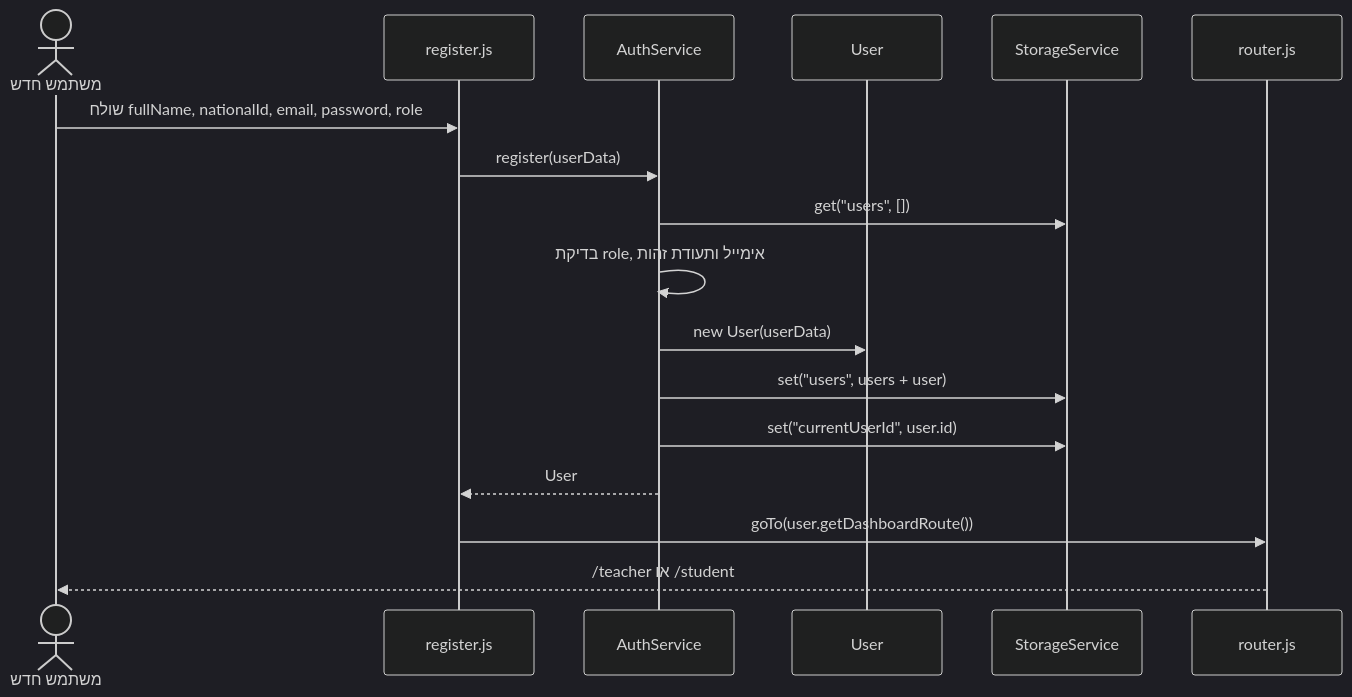
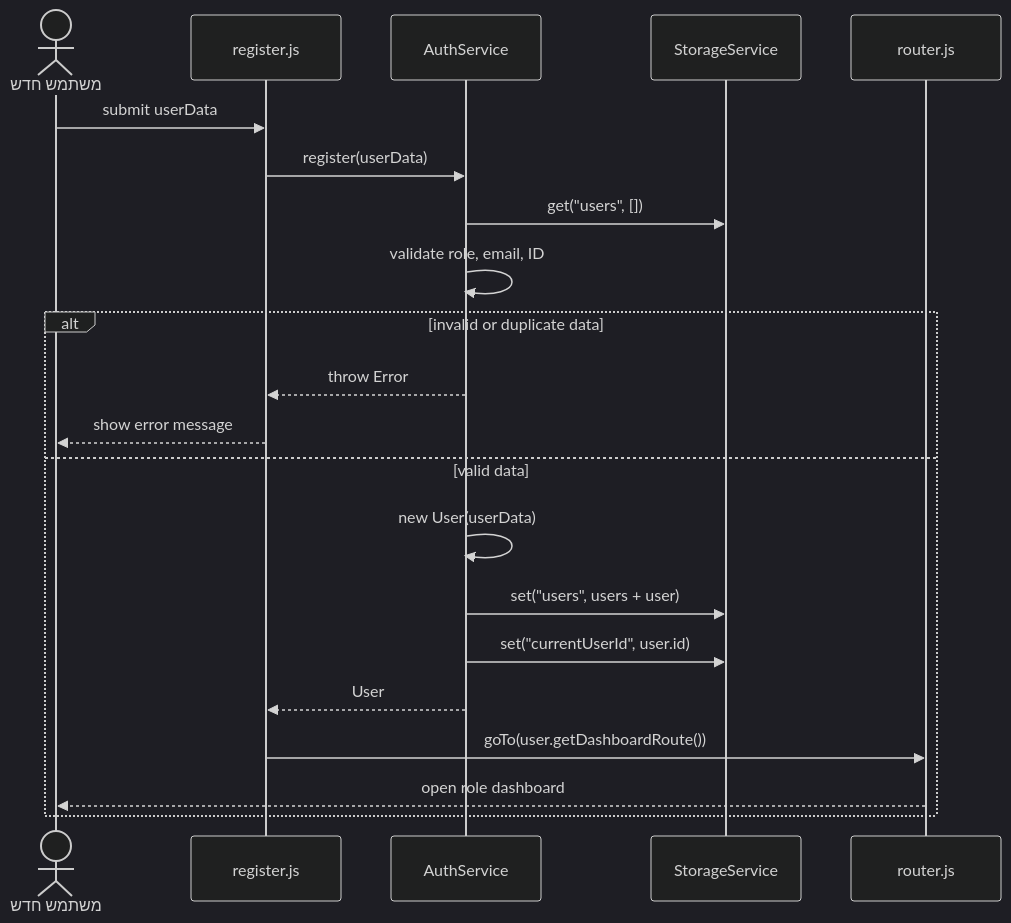
One commit to ebraheem222-tech/QuizProj changed the third of 11 diagrams in TECHNICAL_DOCUMENT.md. Above: the diagram before and after it, drawn with Mermaid (dark theme). The commit also changed other lines of this file and 7 other files, not shown here.

Commit message:
Correct and verify system flow documentation

````diff
--- a/TECHNICAL_DOCUMENT.md
+++ b/TECHNICAL_DOCUMENT.md
@@ -292,20 +305,24 @@
 ```mermaid
 sequenceDiagram
   actor Visitor as משתמש חדש
   participant RegisterPage as register.js
   participant Auth as AuthService
-  participant UserModel as User
   participant Storage as StorageService
-  participant Router as router.js
+  participant Nav as router.js
 
-  Visitor->>RegisterPage: שולח fullName, nationalId, email, password, role
+  Visitor->>RegisterPage: submit userData
   RegisterPage->>Auth: register(userData)
   Auth->>Storage: get("users", [])
-  Auth->>Auth: בדיקת role, אימייל ותעודת זהות
-  Auth->>UserModel: new User(userData)
-  Auth->>Storage: set("users", users + user)
-  Auth->>Storage: set("currentUserId", user.id)
-  Auth-->>RegisterPage: User
-  RegisterPage->>Router: goTo(user.getDashboardRoute())
-  Router-->>Visitor: /teacher או /student
+  Auth->>Auth: validate role, email, ID
+  alt invalid or duplicate data
+    Auth-->>RegisterPage: throw Error
+    RegisterPage-->>Visitor: show error message
+  else valid data
+    Auth->>Auth: new User(userData)
+    Auth->>Storage: set("users", users + user)
+    Auth->>Storage: set("currentUserId", user.id)
+    Auth-->>RegisterPage: User
+    RegisterPage->>Nav: goTo(user.getDashboardRoute())
+    Nav-->>Visitor: open role dashboard
+  end
 ```
````
